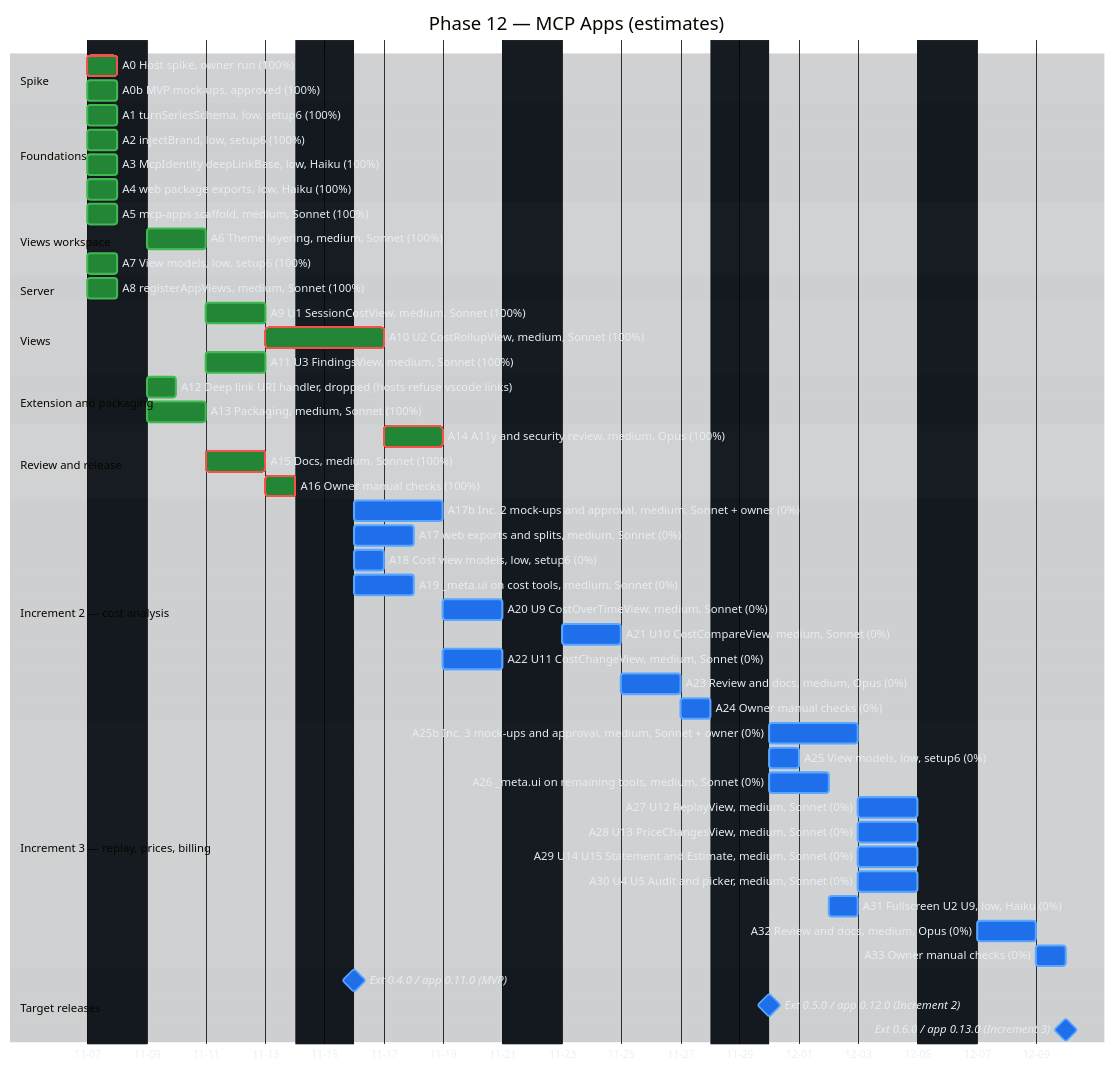
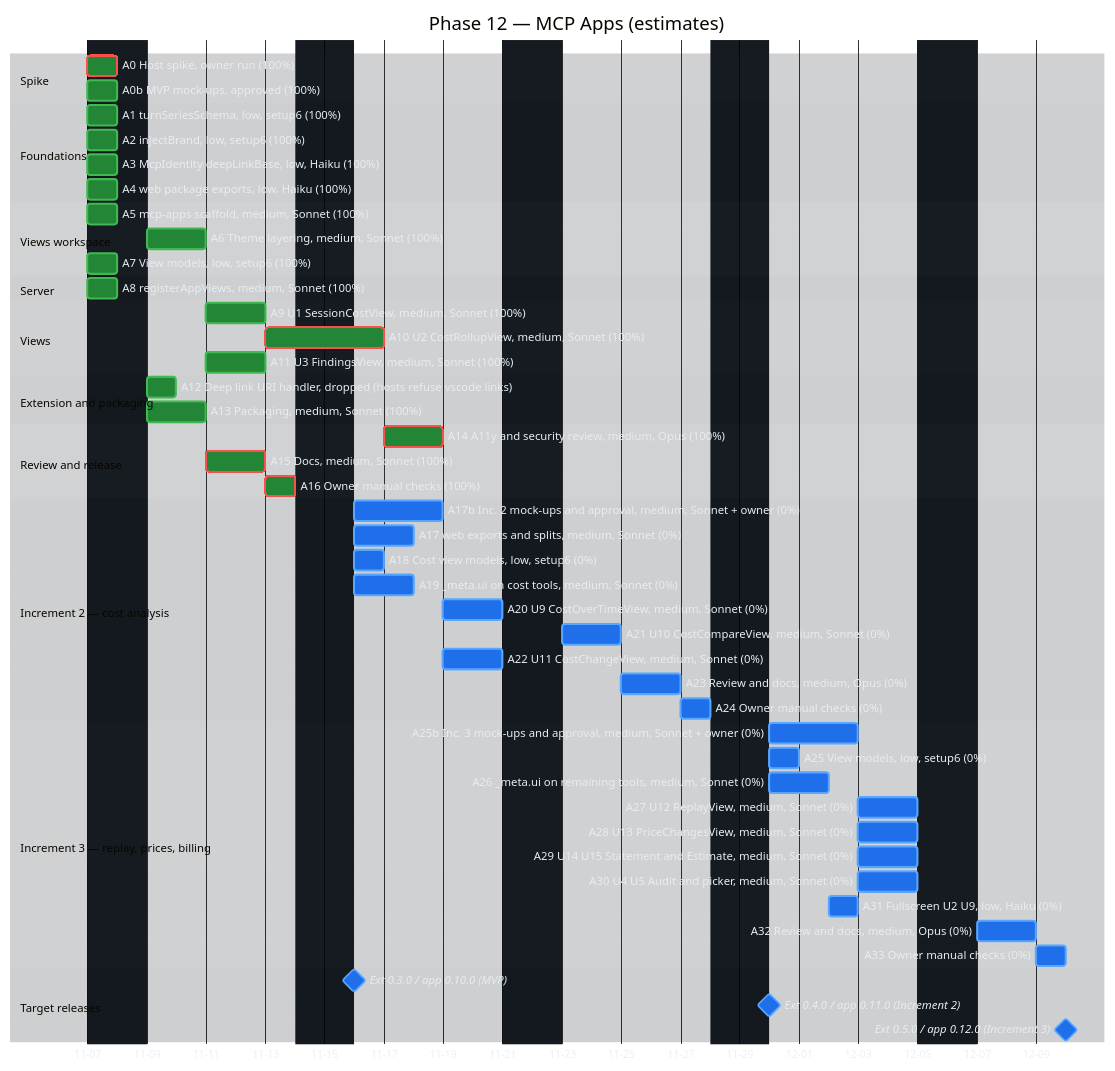
The second of 2 diagrams in docs/implementation-plan-gantt.md (raulkivi/agent-cost-analyzer), drawn with Mermaid before and after one commit. The commit also changed other lines of this file and 12 other files, not shown here.

````diff
--- a/docs/implementation-plan-gantt.md
+++ b/docs/implementation-plan-gantt.md
@@ -211,7 +211,7 @@
     A33 Owner manual checks (0%)                 :a33, after a32, 1d
 
     section Target releases
-    Ext 0.4.0 / app 0.11.0 (MVP) :milestone, m12a, after a16, 0d
-    Ext 0.5.0 / app 0.12.0 (Increment 2) :milestone, m12b, after a24, 0d
-    Ext 0.6.0 / app 0.13.0 (Increment 3) :milestone, m12c, after a33, 0d
+    Ext 0.3.0 / app 0.10.0 (MVP) :milestone, m12a, after a16, 0d
+    Ext 0.4.0 / app 0.11.0 (Increment 2) :milestone, m12b, after a24, 0d
+    Ext 0.5.0 / app 0.12.0 (Increment 3) :milestone, m12c, after a33, 0d
 ```
````
